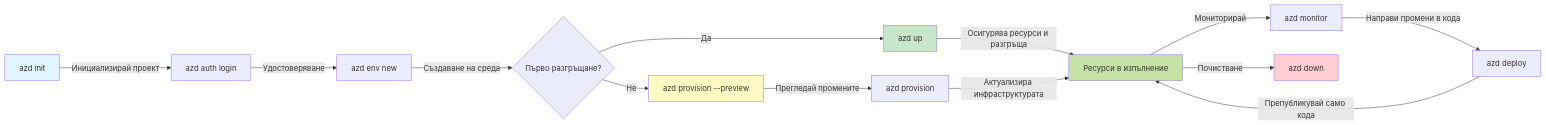
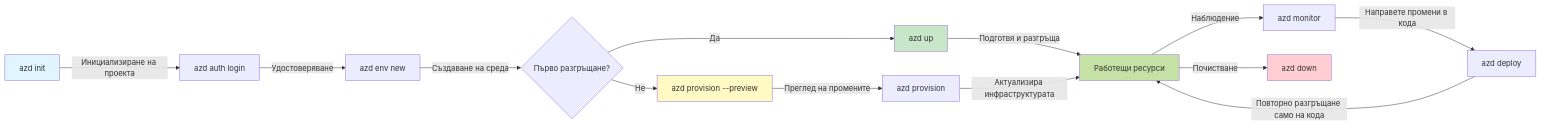
Before and after one commit to microsoft/AZD-for-beginners: the first of 2 diagrams in translations/bg/docs/chapter-01-foundation/azd-basics.md, drawn with Mermaid. The commit also changed other lines of this file and 101 other files, not shown here.

````diff
--- a/translations/bg/docs/chapter-01-foundation/azd-basics.md
+++ b/translations/bg/docs/chapter-01-foundation/azd-basics.md
@@ -254,21 +269,21 @@
 ```mermaid
 graph LR
-    A[azd init] -->|Инициализирай проект| B[azd auth login]
+    A[azd init] -->|Инициализиране на проекта| B[azd auth login]
     B -->|Удостоверяване| C[azd env new]
     C -->|Създаване на среда| D{Първо разгръщане?}
     D -->|Да| E[azd up]
     D -->|Не| F[azd provision --preview]
-    F -->|Прегледай промените| G[azd provision]
-    E -->|Осигурява ресурси и разгръща| H[Ресурси в изпълнение]
+    F -->|Преглед на промените| G[azd provision]
+    E -->|Подготвя и разгръща| H[Работещи ресурси]
     G -->|Актуализира инфраструктурата| H
-    H -->|Мониторирай| I[azd monitor]
-    I -->|Направи промени в кода| J[azd deploy]
-    J -->|Препубликувай само кода| H
+    H -->|Наблюдение| I[azd monitor]
+    I -->|Направете промени в кода| J[azd deploy]
+    J -->|Повторно разгръщане само на кода| H
     H -->|Почистване| K[azd down]
     
     style A fill:#e1f5fe
     style E fill:#c8e6c9
     style F fill:#fff9c4
     style H fill:#c5e1a5
     style K fill:#ffcdd2
 ```
````
